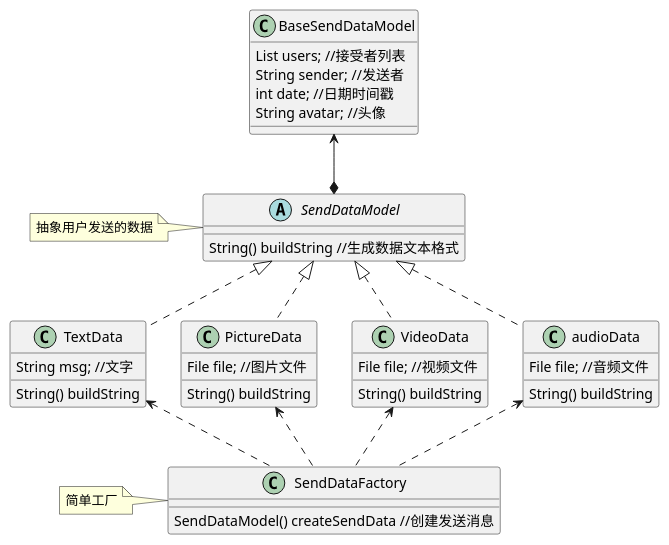
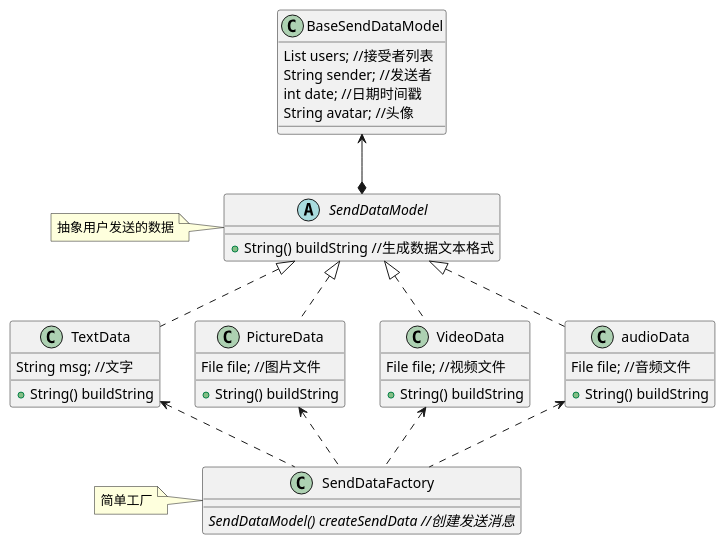
One commit to HEROhuqinchao/flutter_bilibili_getx changed the diagram in lib/ui/pages/functions/my_we_chat/wechat_uml/send_data_dialog.pu. Above: the diagram before and after it, drawn with PlantUML. The commit also changed 10 other files, not shown here.

```diff
--- a/lib/ui/pages/functions/my_we_chat/wechat_uml/send_data_dialog.pu
+++ b/lib/ui/pages/functions/my_we_chat/wechat_uml/send_data_dialog.pu
@@ -1,46 +1,46 @@
 @startuml SendDataDialog
 class BaseSendDataModel{
     List users; //接受者列表
     String sender; //发送者
     int date; //日期时间戳
     String avatar; //头像
 }
 abstract SendDataModel {
-    String() buildString //生成数据文本格式
+    +String() buildString //生成数据文本格式
 }
 note left: 抽象用户发送的数据
 
 class TextData {
     String msg; //文字
-    String() buildString
+    +String() buildString
 }
 
 class PictureData {
     File file; //图片文件
-    String() buildString
+    +String() buildString
 }
 
 class VideoData {
     File file; //视频文件
-    String() buildString
+    +String() buildString
 }
 
 class audioData {
     File file; //音频文件
-    String() buildString
+    +String() buildString
 }
 
 class SendDataFactory {
-    SendDataModel() createSendData //创建发送消息
+    {abstract} SendDataModel() createSendData //创建发送消息
 }
 note left: 简单工厂
 BaseSendDataModel <--* SendDataModel
 SendDataModel <|.. TextData
 SendDataModel <|.. PictureData
 SendDataModel <|.. VideoData
 SendDataModel <|.. audioData
 TextData <.. SendDataFactory
 PictureData <.. SendDataFactory
 VideoData <.. SendDataFactory
 audioData <.. SendDataFactory
 @enduml
```
